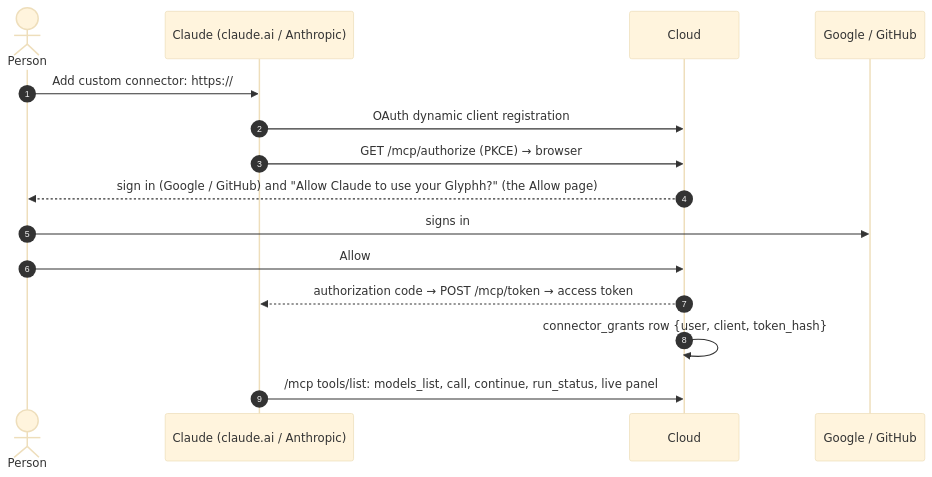
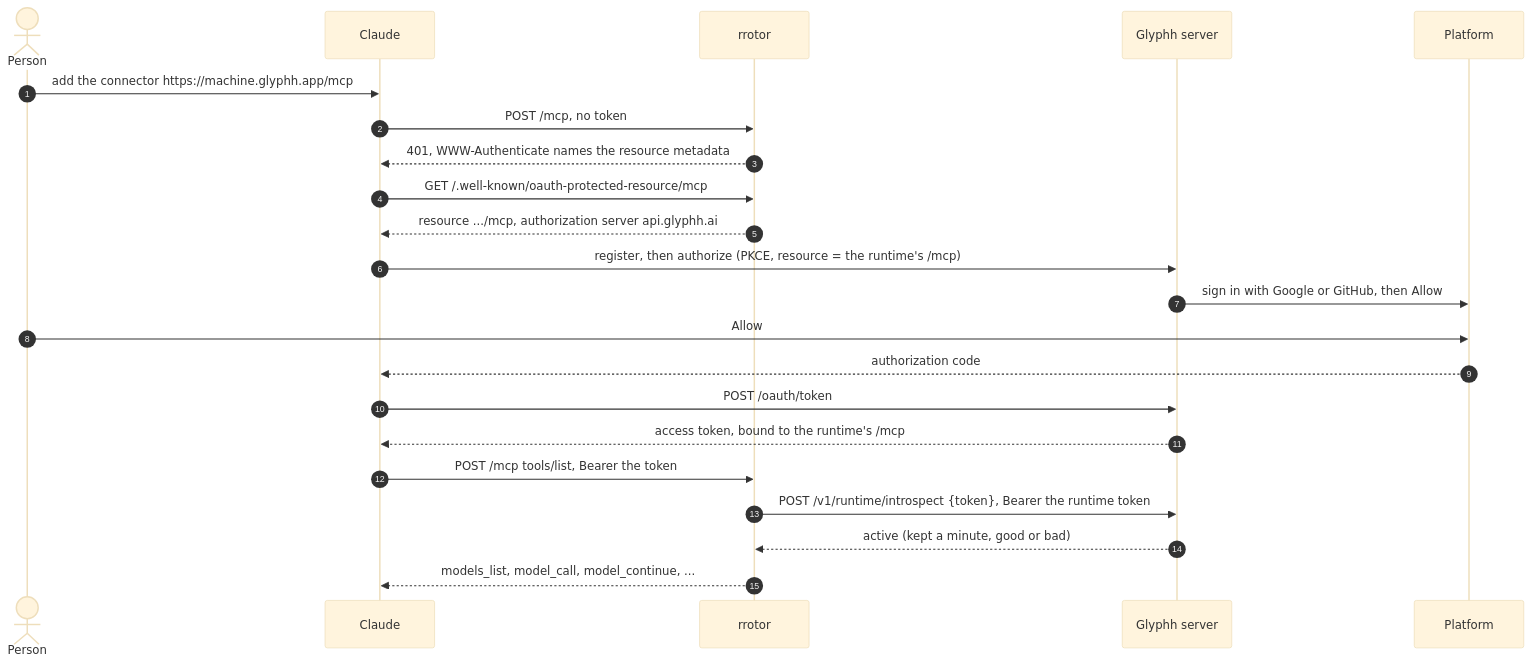
The first of 5 diagrams in docs/architecture.md (glyphh-ai/rrotor), drawn with Mermaid (base theme) before and after one commit. The commit also changed other lines of this file and 17 other files, not shown here.

Commit message:
docs/architecture.md as rrotor works today: hosted and self-hosted runtimes reached as a connector, the Ada skill in the glyphh plugin, no mods; Not built yet in one place; diagrams redrawn

````diff
--- a/docs/architecture.md
+++ b/docs/architecture.md
@@ -156,17 +44,24 @@
 ```mermaid
 sequenceDiagram
     autonumber
     actor P as Person
-    participant A as Claude (claude.ai / Anthropic)
-    participant G as Cloud
-    participant I as Google / GitHub
-    P->>A: Add custom connector: https://#lt#59;glyphh#gt#59;/mcp
-    A->>G: OAuth dynamic client registration
-    A->>G: GET /mcp/authorize (PKCE) → browser
-    G-->>P: sign in (Google / GitHub) and "Allow Claude to use your Glyphh?" (the Allow page)
-    P->>I: signs in
-    P->>G: Allow
-    G-->>A: authorization code → POST /mcp/token → access token
-    G->>G: connector_grants row {user, client, token_hash}
-    A->>G: /mcp tools/list: models_list, call, continue, run_status, live panel
+    participant C as Claude
+    participant R as rrotor
+    participant G as Glyphh server
+    participant W as Platform
+    P->>C: add the connector https://machine.glyphh.app/mcp
+    C->>R: POST /mcp, no token
+    R-->>C: 401, WWW-Authenticate names the resource metadata
+    C->>R: GET /.well-known/oauth-protected-resource/mcp
+    R-->>C: resource .../mcp, authorization server api.glyphh.ai
+    C->>G: register, then authorize (PKCE, resource = the runtime's /mcp)
+    G->>W: sign in with Google or GitHub, then Allow
+    P->>W: Allow
+    W-->>C: authorization code
+    C->>G: POST /oauth/token
+    G-->>C: access token, bound to the runtime's /mcp
+    C->>R: POST /mcp tools/list, Bearer the token
+    R->>G: POST /v1/runtime/introspect {token}, Bearer the runtime token
+    G-->>R: active (kept a minute, good or bad)
+    R-->>C: models_list, model_call, model_continue, ...
 ```
````
